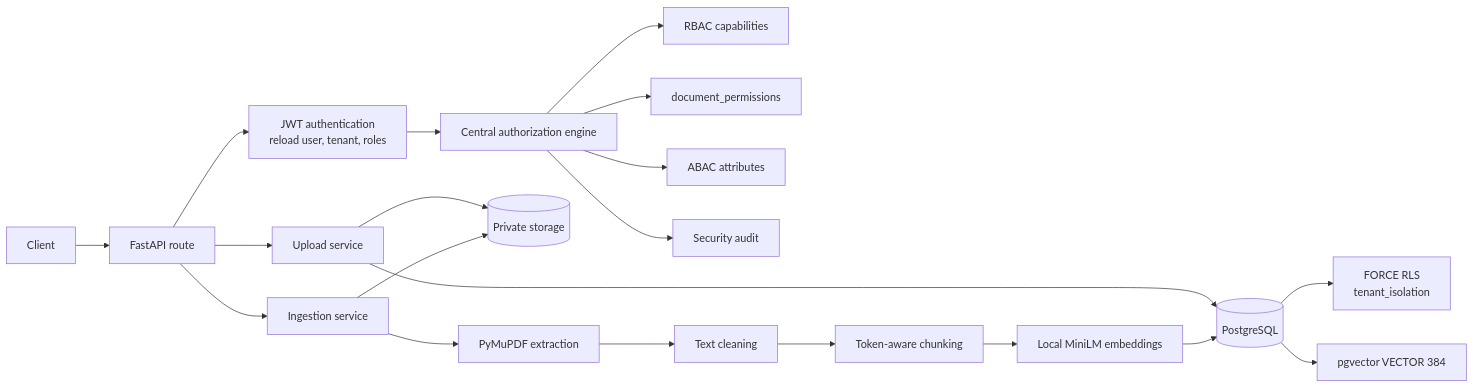
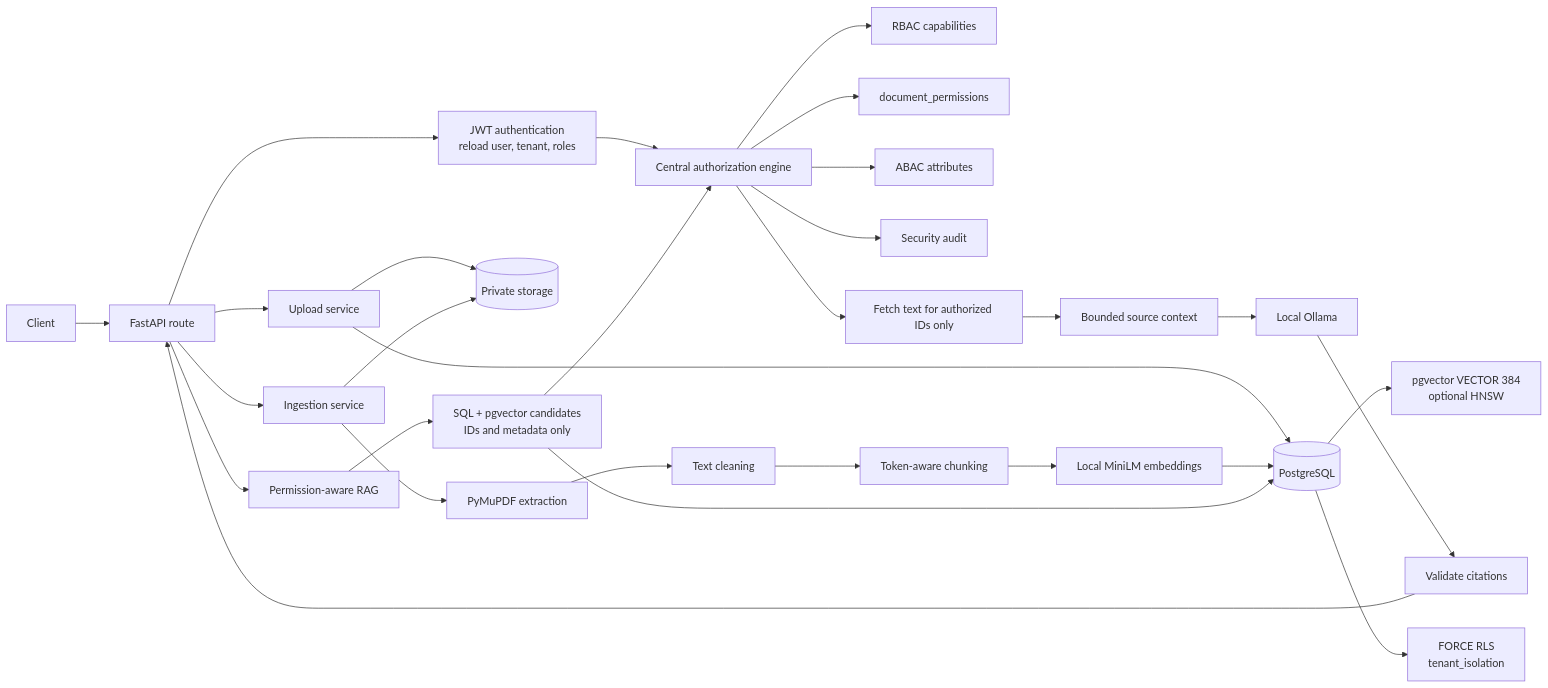
Before and after one commit to madhurya-13/VaultRag: the first of 3 diagrams in README.md, drawn with Mermaid. The commit also changed other lines of this file and 32 other files, not shown here.

Commit message:
feat: complete Milestone 4 permission-aware RAG

````diff
--- a/README.md
+++ b/README.md
@@ -64,25 +91,35 @@
 ```mermaid
 flowchart LR
     C[Client] --> API[FastAPI route]
     API --> AUTH[JWT authentication<br/>reload user, tenant, roles]
     AUTH --> AUTHZ[Central authorization engine]
     AUTHZ --> RBAC[RBAC capabilities]
     AUTHZ --> PERM[document_permissions]
     AUTHZ --> ABAC[ABAC attributes]
     AUTHZ --> AUDIT[Security audit]
 
     API --> UPLOAD[Upload service]
     UPLOAD --> STORE[(Private storage)]
     UPLOAD --> DB[(PostgreSQL)]
 
     API --> INGEST[Ingestion service]
     INGEST --> STORE
     INGEST --> PDF[PyMuPDF extraction]
     PDF --> CLEAN[Text cleaning]
     CLEAN --> CHUNK[Token-aware chunking]
     CHUNK --> EMBED[Local MiniLM embeddings]
     EMBED --> DB
 
+    API --> RAG[Permission-aware RAG]
+    RAG --> RETRIEVE[SQL + pgvector candidates<br/>IDs and metadata only]
+    RETRIEVE --> DB
+    RETRIEVE --> AUTHZ
+    AUTHZ --> TEXT[Fetch text for authorized IDs only]
+    TEXT --> CONTEXT[Bounded source context]
+    CONTEXT --> LLM[Local Ollama]
+    LLM --> CITE[Validate citations]
+    CITE --> API
+
     DB --> RLS[FORCE RLS<br/>tenant_isolation]
-    DB --> VEC[pgvector VECTOR 384]
+    DB --> VEC[pgvector VECTOR 384<br/>optional HNSW]
 ```
````
